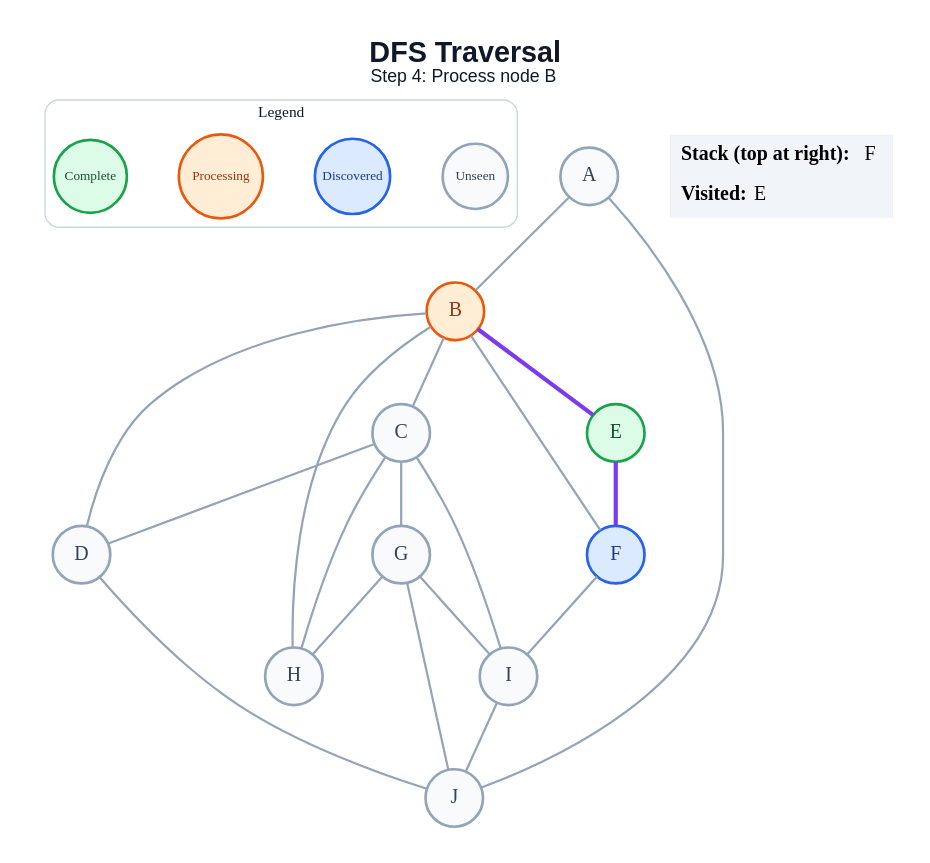
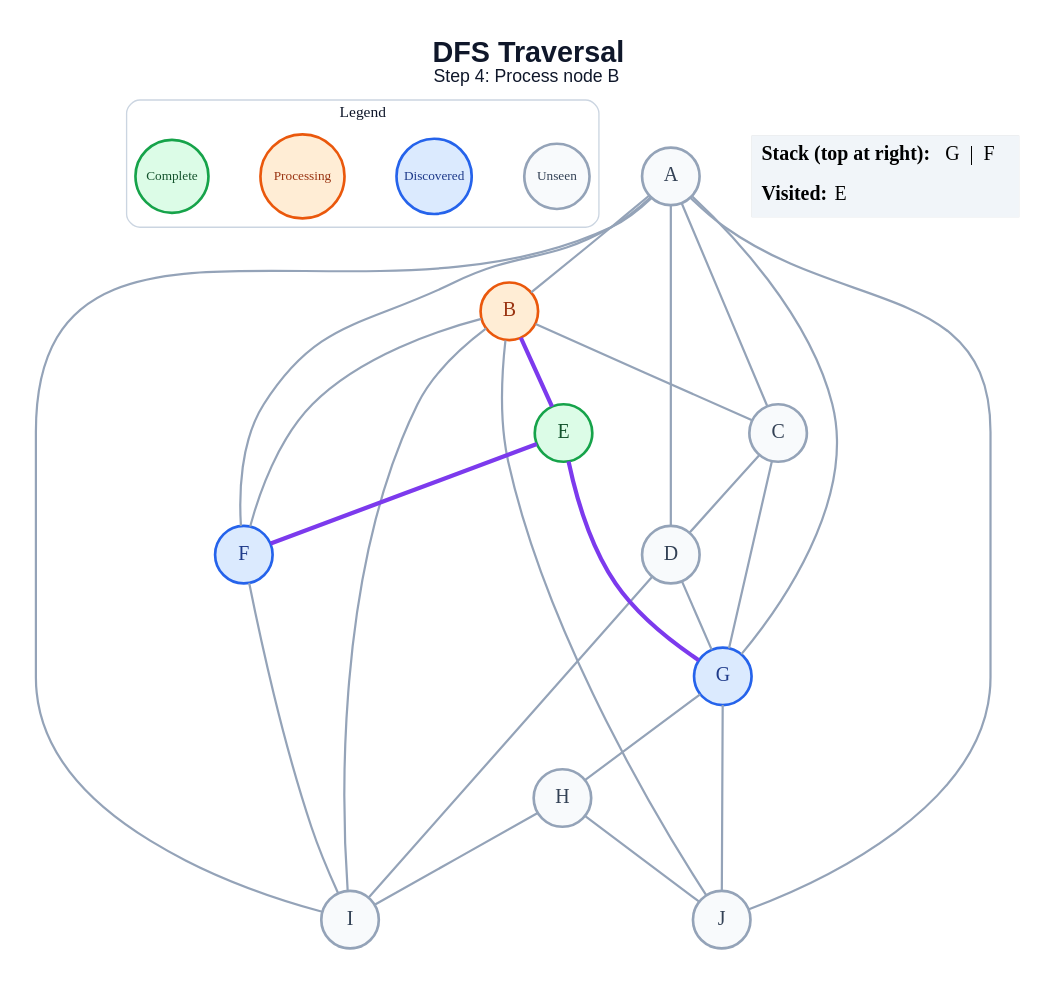
Before and after one commit to anon7238593-create/ai-slop: the diagram in generated/specific-node/dfs/step_04.dot, drawn with Graphviz. The commit also changed 178 other files, not shown here.

```diff
--- a/generated/specific-node/dfs/step_04.dot
+++ b/generated/specific-node/dfs/step_04.dot
@@ -1,47 +1,52 @@
 graph traversal {
   graph [layout=dot, rankdir=TB, bgcolor="#FFFFFF", pad="0.35", nodesep="0.65", ranksep="0.8", fontname="Arial"];
   node [shape=circle, style="filled", fontname="Arial Bold", fontsize=18, width=0.72, fixedsize=true, penwidth=2.4];
   edge [color="#94A3B8", penwidth=2.0];
   label=<<B>DFS Traversal</B><BR/><FONT POINT-SIZE="16">Step 4: Process node B</FONT>>; labelloc="t"; fontsize=26; fontname="Arial"; fontcolor="#0F172A";
   subgraph cluster_legend { label="Legend"; color="#CBD5E1"; penwidth=1.2; style="rounded"; fontsize=14; fontname="Arial Bold";
     key_unseen [label="Unseen", fillcolor="#F8FAFC", color="#94A3B8", fontcolor="#334155", fontsize=12, width=0.82];
     key_frontier [label="Discovered", fillcolor="#DBEAFE", color="#2563EB", fontcolor="#1E3A8A", fontsize=12, width=0.95];
     key_current [label="Processing", fillcolor="#FFEDD5", color="#EA580C", fontcolor="#9A3412", fontsize=12, width=1.05];
     key_done [label="Complete", fillcolor="#DCFCE7", color="#16A34A", fontcolor="#14532D", fontsize=12, width=0.92];
     { rank=same; key_unseen; key_frontier; key_current; key_done; }
   }
   A [fillcolor="#F8FAFC", color="#94A3B8", fontcolor="#334155"];
   B [fillcolor="#FFEDD5", color="#EA580C", fontcolor="#9A3412"];
   C [fillcolor="#F8FAFC", color="#94A3B8", fontcolor="#334155"];
   D [fillcolor="#F8FAFC", color="#94A3B8", fontcolor="#334155"];
   E [fillcolor="#DCFCE7", color="#16A34A", fontcolor="#14532D"];
   F [fillcolor="#DBEAFE", color="#2563EB", fontcolor="#1E3A8A"];
-  G [fillcolor="#F8FAFC", color="#94A3B8", fontcolor="#334155"];
+  G [fillcolor="#DBEAFE", color="#2563EB", fontcolor="#1E3A8A"];
   H [fillcolor="#F8FAFC", color="#94A3B8", fontcolor="#334155"];
   I [fillcolor="#F8FAFC", color="#94A3B8", fontcolor="#334155"];
   J [fillcolor="#F8FAFC", color="#94A3B8", fontcolor="#334155"];
   A -- B;
+  A -- C;
+  A -- D;
+  A -- F;
+  A -- G;
+  A -- I;
   A -- J;
   B -- C;
-  B -- D;
   B -- E [color="#7C3AED", penwidth=3.8];
   B -- F;
-  B -- H;
+  B -- I;
+  B -- J;
   C -- D;
   C -- G;
-  C -- H;
-  C -- I;
-  D -- J;
+  D -- G;
+  D -- I;
   E -- F [color="#7C3AED", penwidth=3.8];
+  E -- G [color="#7C3AED", penwidth=3.8];
   F -- I;
   G -- H;
-  G -- I;
   G -- J;
-  I -- J;
+  H -- I;
+  H -- J;
   status [shape=plain, fixedsize=false, width=0, height=0, margin=0, label=<
     <TABLE BORDER="0" CELLBORDER="0" CELLPADDING="7" BGCOLOR="#F1F5F9">
-      <TR><TD ALIGN="LEFT"><B>Stack (top at right):</B> F</TD></TR>
+      <TR><TD ALIGN="LEFT"><B>Stack (top at right):</B> G  |  F</TD></TR>
       <TR><TD ALIGN="LEFT"><B>Visited:</B> E</TD></TR>
     </TABLE>
   >];
 }
```
